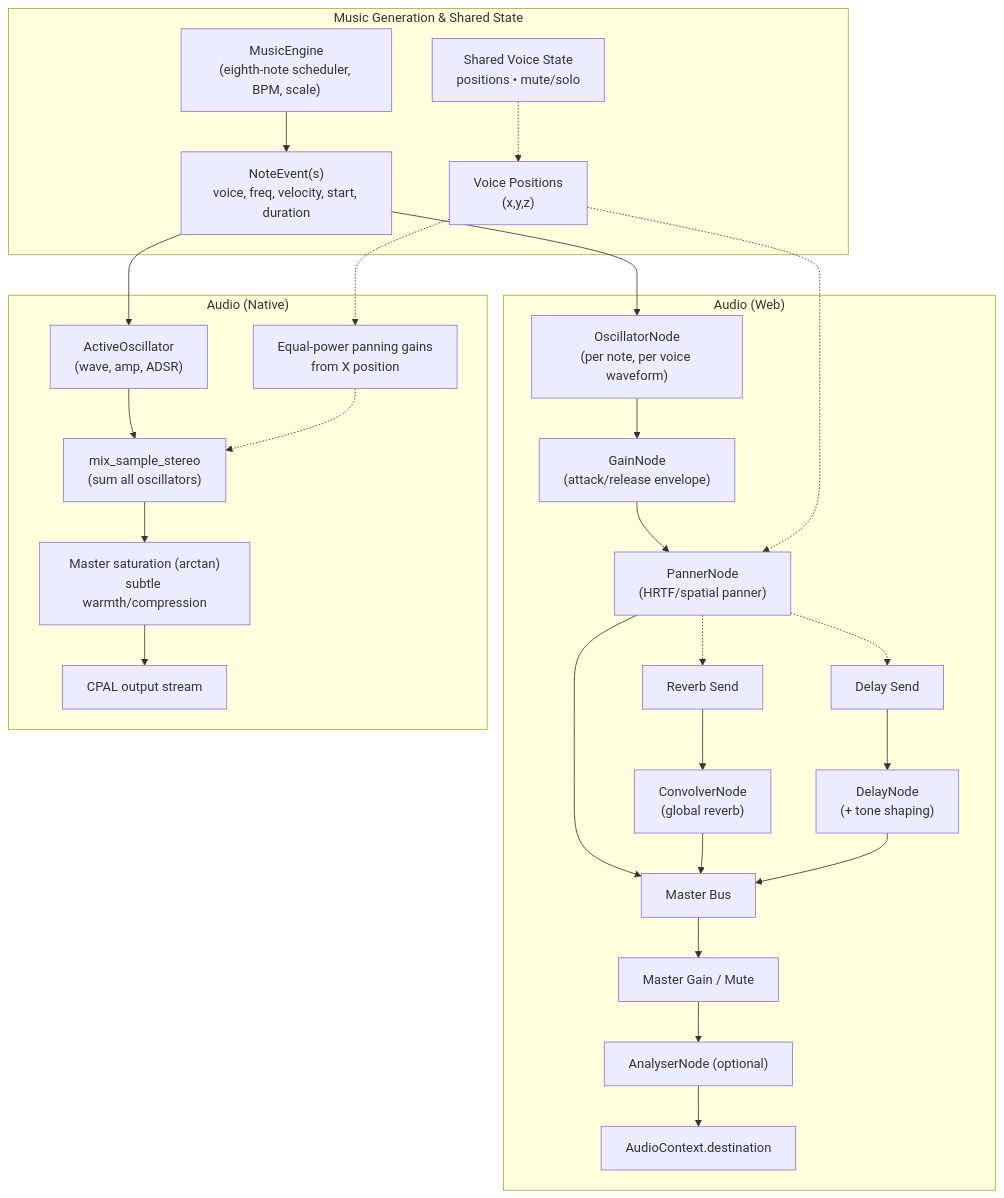
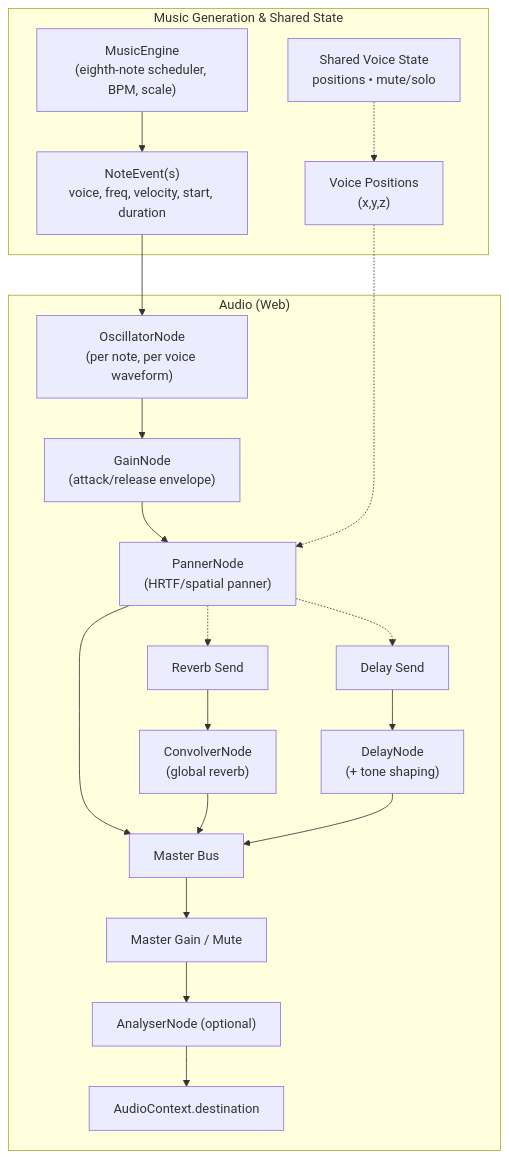
Before and after one commit to rgilks/geno-1: the diagram in docs/diagrams/audio.md, drawn with Mermaid. The commit also changed other lines of this file and 6 other files, not shown here.

Commit message:
docs: purge remaining native references; update diagrams and comments for web-only focus

````diff
--- a/docs/diagrams/audio.md
+++ b/docs/diagrams/audio.md
@@ -5,33 +5,25 @@
 ```mermaid
 graph TD
-  %% Audio pipelines (Web + Native)
+  %% Audio pipeline (Web)
   subgraph "Music Generation & Shared State"
     A["MusicEngine\n(eighth-note scheduler, BPM, scale)"]
     B["Shared Voice State\npositions • mute/solo"]
     A --> C["NoteEvent(s)\nvoice, freq, velocity, start, duration"]
     B -.-> D["Voice Positions\n(x,y,z)"]
   end
 
   %% Web Audio path
   subgraph "Audio (Web)"
     C --> W1["OscillatorNode\n(per note, per voice waveform)"]
     W1 --> W2["GainNode\n(attack/release envelope)"]
     W2 --> W3["PannerNode\n(HRTF/spatial panner)"]
     D -.-> W3
     W3 --> W4["Master Bus"]
     W3 -.-> WS1["Reverb Send"]
     WS1 --> WR["ConvolverNode\n(global reverb)"] --> W4
     W3 -.-> WS2["Delay Send"]
     WS2 --> WD["DelayNode\n(+ tone shaping)"] --> W4
     W4 --> W5["Master Gain / Mute"] --> W6["AnalyserNode (optional)"] --> W7["AudioContext.destination"]
   end
-
-  %% Native audio path
-  subgraph "Audio (Native)"
-    C --> N1["ActiveOscillator\n(wave, amp, ADSR)"]
-    D -.-> N2["Equal-power panning gains\nfrom X position"]
-    N1 --> N3["mix_sample_stereo\n(sum all oscillators)"]
-    N2 -.-> N3
-    N3 --> N4["Master saturation (arctan)\nsubtle warmth/compression"] --> N5["CPAL output stream"]
-  end
+  
 ```
````
